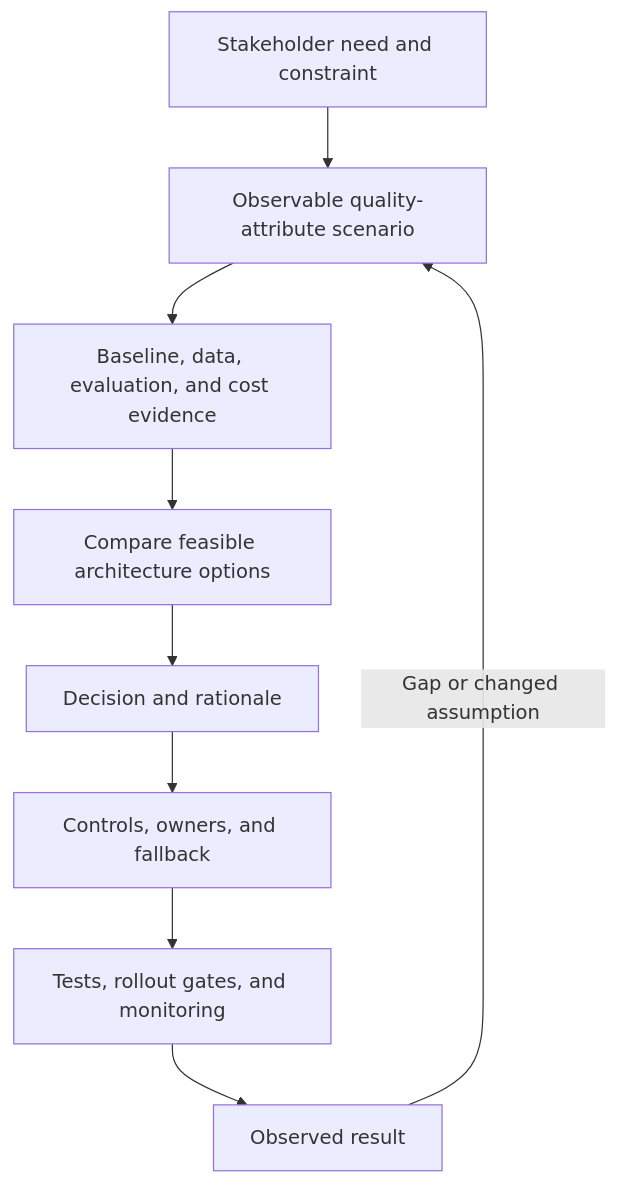
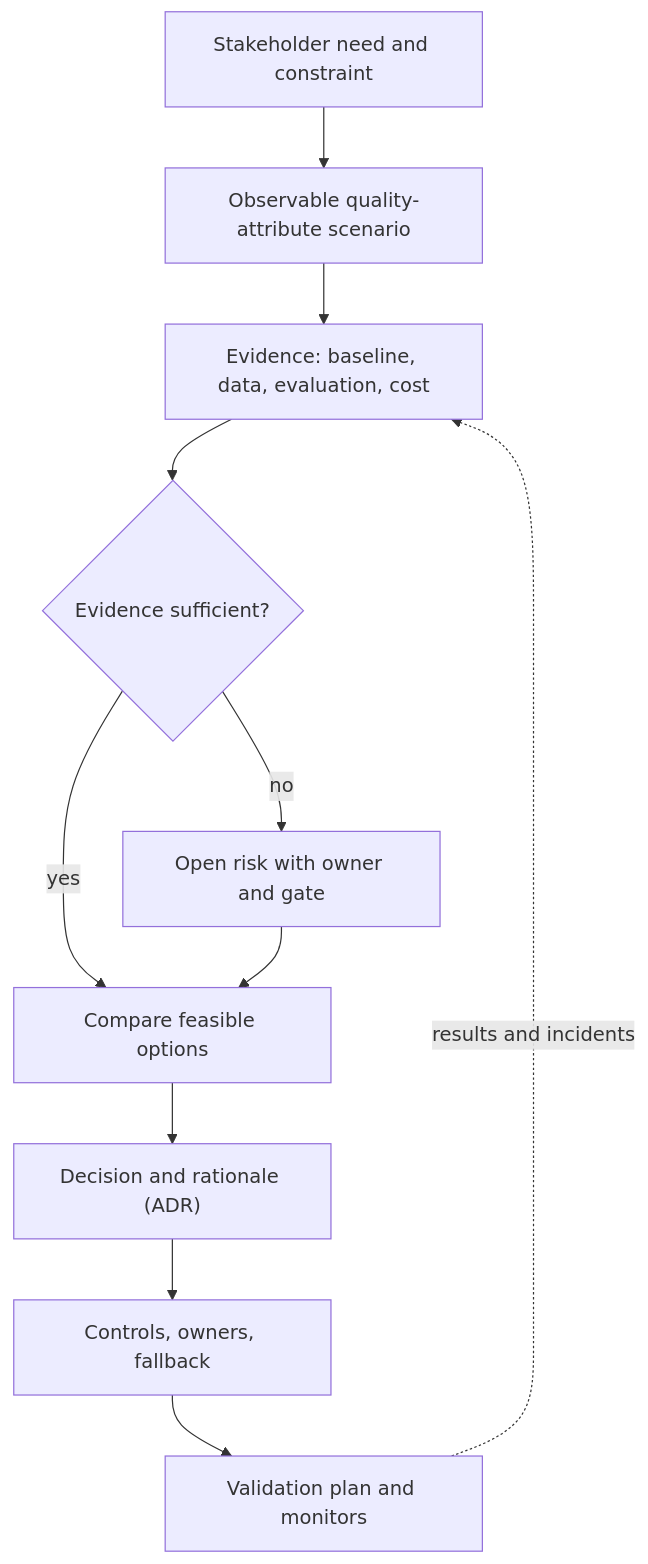
Before and after one commit to joydasss/Architect: the sixth of 26 diagrams in 17_AI_Architecture/CH15_End_to_End_AI_Architecture_Reviews_and_Case_Studies.md, drawn with Mermaid. The commit also changed other lines of this file and 295 other files, not shown here.

````diff
--- a/17_AI_Architecture/CH15_End_to_End_AI_Architecture_Reviews_and_Case_Studies.md
+++ b/17_AI_Architecture/CH15_End_to_End_AI_Architecture_Reviews_and_Case_Studies.md
@@ -34,11 +380,13 @@
 ```mermaid
 flowchart TD
-    Stakeholder[Stakeholder need and constraint] --> Scenario[Observable quality-attribute scenario]
-    Scenario --> Evidence[Baseline, data, evaluation, and cost evidence]
-    Evidence --> Alternatives[Compare feasible architecture options]
-    Alternatives --> Decision[Decision and rationale]
-    Decision --> Controls[Controls, owners, and fallback]
-    Controls --> Verification[Tests, rollout gates, and monitoring]
-    Verification --> Outcome[Observed result]
-    Outcome -->|Gap or changed assumption| Scenario
+    Need["Stakeholder need and constraint"] --> Scenario["Observable quality-attribute scenario"]
+    Scenario --> Evidence["Evidence: baseline, data, evaluation, cost"]
+    Evidence --> Gap{"Evidence sufficient?"}
+    Gap -- "no" --> Open["Open risk with owner and gate"]
+    Gap -- "yes" --> Alt["Compare feasible options"]
+    Open --> Alt
+    Alt --> Decision["Decision and rationale (ADR)"]
+    Decision --> Controls["Controls, owners, fallback"]
+    Controls --> Validate["Validation plan and monitors"]
+    Validate -. "results and incidents" .-> Evidence
 ```
````
